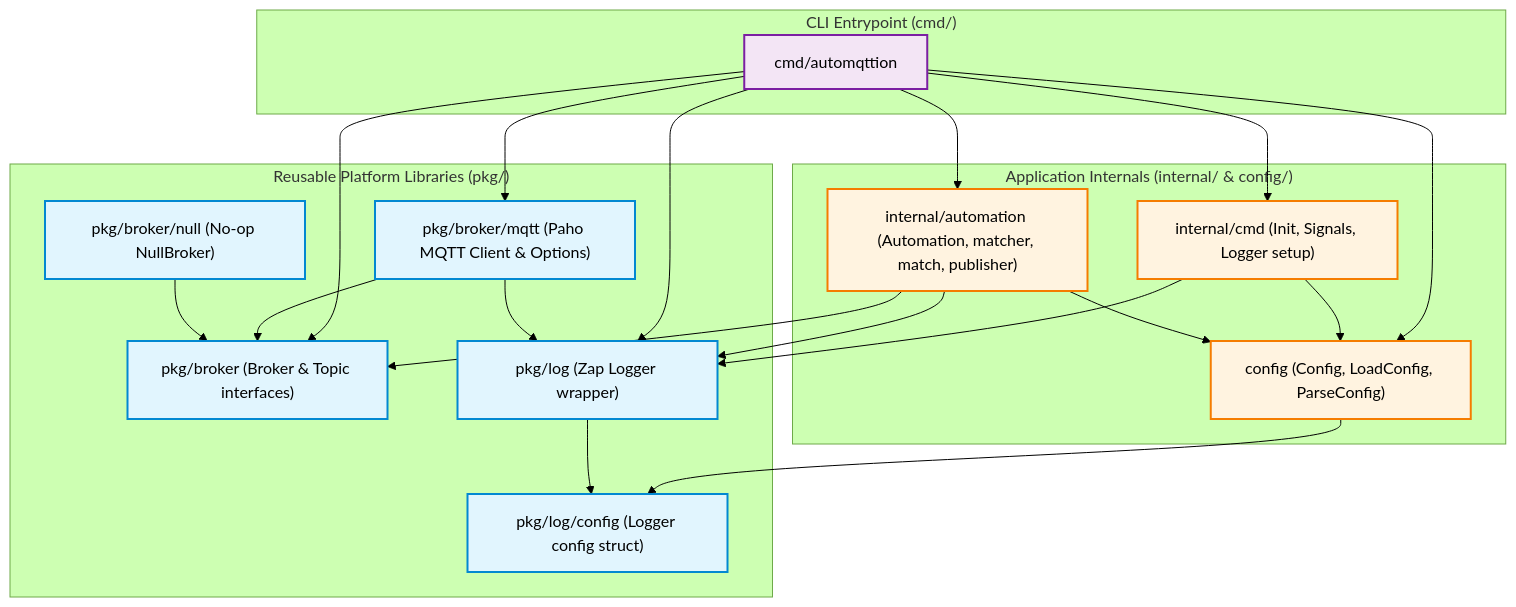
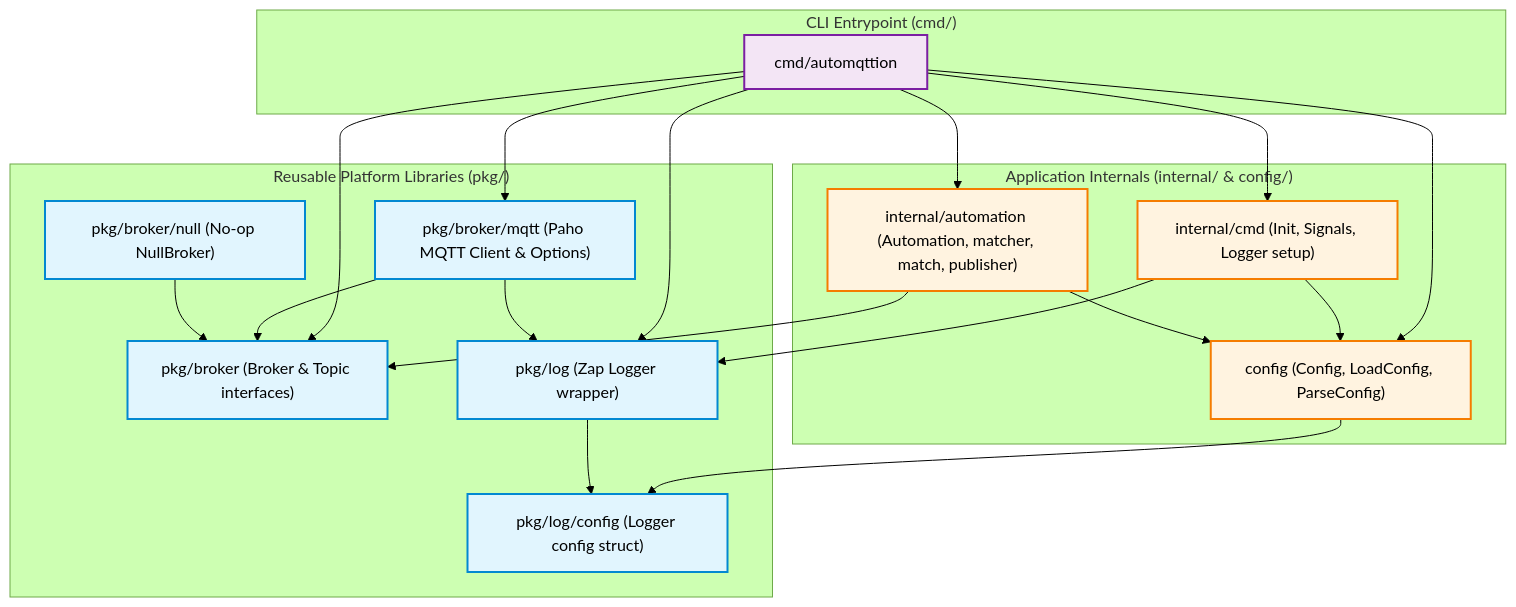
Before and after one commit to MyChaOS87/automqttion: the first of 3 diagrams in docs/ARCHITECTURE.md, drawn with Mermaid (forest theme). The commit also changed other lines of this file and 17 other files, not shown here.

````diff
--- a/docs/ARCHITECTURE.md
+++ b/docs/ARCHITECTURE.md
@@ -12,51 +12,50 @@
 ```mermaid
 flowchart TD
     subgraph CLI["CLI Entrypoint (cmd/)"]
         cmdEntry["cmd/automqttion"]
     end
 
     subgraph Internal["Application Internals (internal/ & config/)"]
         cfg["config (Config, LoadConfig, ParseConfig)"]
         cmdInit["internal/cmd (Init, Signals, Logger setup)"]
         auto["internal/automation (Automation, matcher, match, publisher)"]
     end
 
     subgraph Pkg["Reusable Platform Libraries (pkg/)"]
         brokerPkg["pkg/broker (Broker & Topic interfaces)"]
         mqttPkg["pkg/broker/mqtt (Paho MQTT Client & Options)"]
         nullPkg["pkg/broker/null (No-op NullBroker)"]
         logPkg["pkg/log (Zap Logger wrapper)"]
         logCfg["pkg/log/config (Logger config struct)"]
     end
 
     cmdEntry --> cmdInit
     cmdEntry --> cfg
     cmdEntry --> auto
     cmdEntry --> brokerPkg
     cmdEntry --> mqttPkg
     cmdEntry --> logPkg
 
     cmdInit --> cfg
     cmdInit --> logPkg
 
     auto --> cfg
     auto --> brokerPkg
-    auto --> logPkg
 
     cfg --> logCfg
 
     mqttPkg --> brokerPkg
     mqttPkg --> logPkg
 
     nullPkg --> brokerPkg
 
     logPkg --> logCfg
 
     classDef pkgClass fill:#e1f5fe,stroke:#0288d1,stroke-width:2px;
     classDef internalClass fill:#fff3e0,stroke:#f57c00,stroke-width:2px;
     classDef cliClass fill:#f3e5f5,stroke:#7b1fa2,stroke-width:2px;
 
     class cmdEntry cliClass;
     class cfg,cmdInit,auto internalClass;
     class brokerPkg,mqttPkg,nullPkg,logPkg,logCfg pkgClass;
 ```
````
